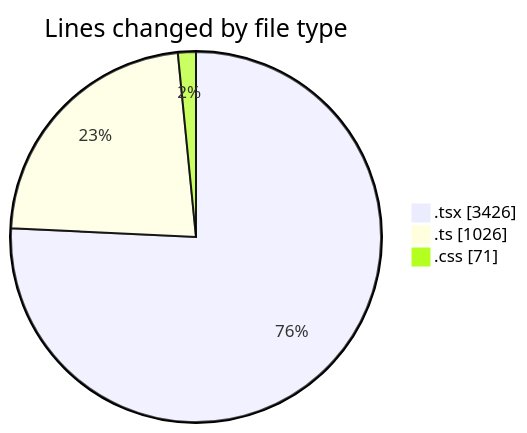
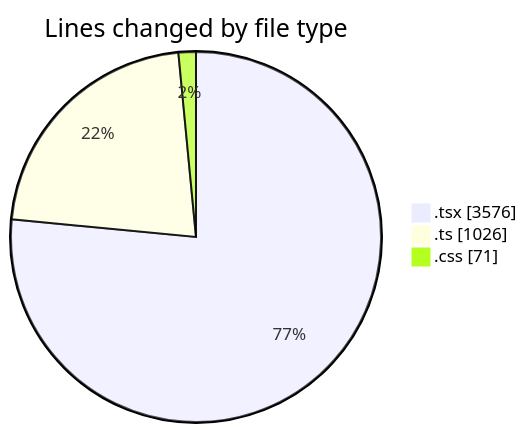
One commit to robertbonfada/code-tracking changed the first of 2 diagrams in 2025-01-27/mbc-web/README.md. Above: the diagram before and after it, drawn with Mermaid. The commit also changed other lines of this file and 1 other file, not shown here.

````diff
--- a/2025-01-27/mbc-web/README.md
+++ b/2025-01-27/mbc-web/README.md
@@ -34,7 +34,7 @@
 ```mermaid
 pie showData
 title Lines changed by file type
-".tsx" : 3426
+".tsx" : 3576
 ".ts" : 1026
 ".css" : 71
 ```
````
